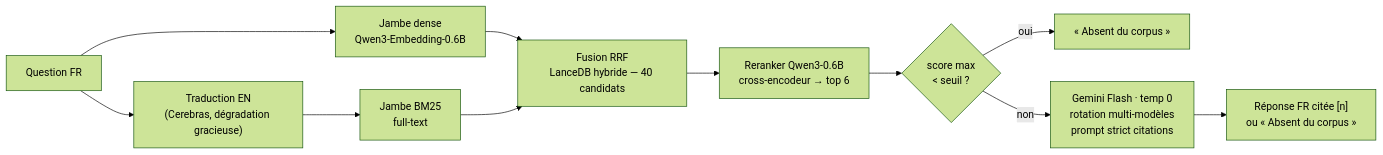
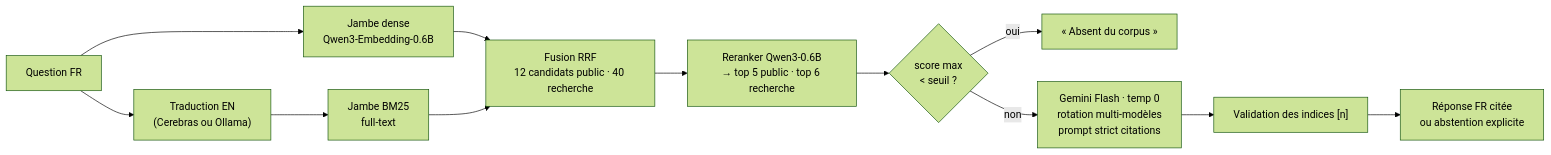
The diagram in README.md (alexisgirard-it/bungerag), drawn with Mermaid (forest theme) before and after one commit. The commit also changed other lines of this file and 57 other files, not shown here.

````diff
--- a/README.md
+++ b/README.md
@@ -28,13 +34,14 @@
 ```mermaid
 flowchart LR
-    Q[Question FR] --> T["Traduction EN<br/>(Cerebras, dégradation gracieuse)"]
+    Q[Question FR] --> T["Traduction EN<br/>(Cerebras ou Ollama)"]
     Q --> D[Jambe dense<br/>Qwen3-Embedding-0.6B]
     T --> B[Jambe BM25<br/>full-text]
-    D --> H["Fusion RRF<br/>LanceDB hybride — 40 candidats"]
+    D --> H["Fusion RRF<br/>12 candidats public · 40 recherche"]
     B --> H
-    H --> R["Reranker Qwen3-0.6B<br/>cross-encodeur → top 6"]
+    H --> R["Reranker Qwen3-0.6B<br/>→ top 5 public · top 6 recherche"]
     R --> S{score max<br/>< seuil ?}
     S -- oui --> A1[« Absent du corpus »]
     S -- non --> G["Gemini Flash · temp 0<br/>rotation multi-modèles<br/>prompt strict citations"]
-    G --> A2["Réponse FR citée [n]<br/>ou « Absent du corpus »"]
+    G --> V["Validation des indices [n]"]
+    V --> A2["Réponse FR citée<br/>ou abstention explicite"]
 ```
````
